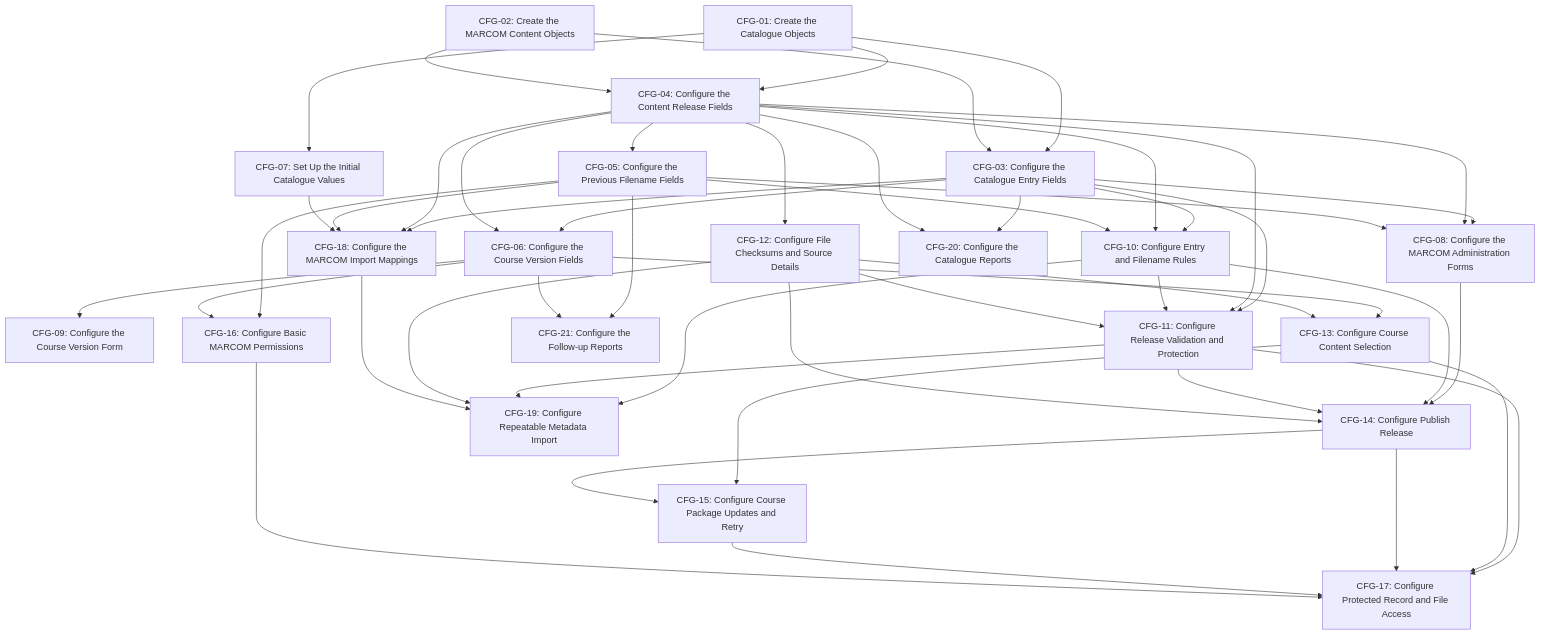
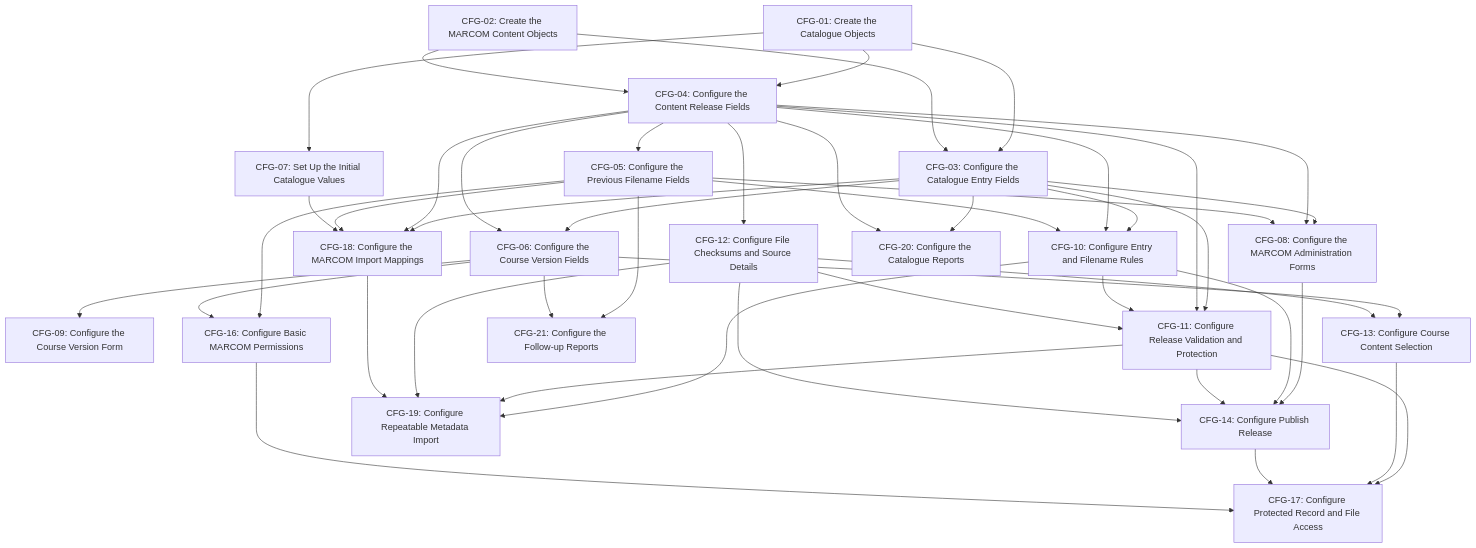
Before and after one commit to Summit-EHSQ/terra-gen: the diagram in docs/phase 1/training management/MARCOM-COURSE-CATALOG-IMPLEMENTATION-PLAN.md, drawn with Mermaid. The commit also changed other lines of this file and 17 other files, not shown here.

````diff
--- a/docs/phase 1/training management/MARCOM-COURSE-CATALOG-IMPLEMENTATION-PLAN.md
+++ b/docs/phase 1/training management/MARCOM-COURSE-CATALOG-IMPLEMENTATION-PLAN.md
@@ -771,71 +741,67 @@
 ```mermaid
 flowchart TD
     CFG01["CFG-01: Create the Catalogue Objects"]
     CFG02["CFG-02: Create the MARCOM Content Objects"]
     CFG03["CFG-03: Configure the Catalogue Entry Fields"]
     CFG04["CFG-04: Configure the Content Release Fields"]
     CFG05["CFG-05: Configure the Previous Filename Fields"]
     CFG06["CFG-06: Configure the Course Version Fields"]
     CFG07["CFG-07: Set Up the Initial Catalogue Values"]
     CFG08["CFG-08: Configure the MARCOM Administration Forms"]
     CFG09["CFG-09: Configure the Course Version Form"]
     CFG10["CFG-10: Configure Entry and Filename Rules"]
     CFG11["CFG-11: Configure Release Validation and Protection"]
     CFG12["CFG-12: Configure File Checksums and Source Details"]
     CFG13["CFG-13: Configure Course Content Selection"]
     CFG14["CFG-14: Configure Publish Release"]
-    CFG15["CFG-15: Configure Course Package Updates and Retry"]
     CFG16["CFG-16: Configure Basic MARCOM Permissions"]
     CFG17["CFG-17: Configure Protected Record and File Access"]
     CFG18["CFG-18: Configure the MARCOM Import Mappings"]
     CFG19["CFG-19: Configure Repeatable Metadata Import"]
     CFG20["CFG-20: Configure the Catalogue Reports"]
     CFG21["CFG-21: Configure the Follow-up Reports"]
     CFG01 --> CFG03
     CFG02 --> CFG03
     CFG01 --> CFG04
     CFG02 --> CFG04
     CFG04 --> CFG05
     CFG03 --> CFG06
     CFG04 --> CFG06
     CFG01 --> CFG07
     CFG03 --> CFG08
     CFG04 --> CFG08
     CFG05 --> CFG08
     CFG06 --> CFG09
     CFG03 --> CFG10
     CFG04 --> CFG10
     CFG05 --> CFG10
     CFG03 --> CFG11
     CFG04 --> CFG11
     CFG10 --> CFG11
     CFG12 --> CFG11
     CFG04 --> CFG12
     CFG06 --> CFG13
     CFG12 --> CFG13
     CFG08 --> CFG14
     CFG10 --> CFG14
     CFG11 --> CFG14
     CFG12 --> CFG14
-    CFG13 --> CFG15
-    CFG14 --> CFG15
     CFG05 --> CFG16
     CFG06 --> CFG16
     CFG11 --> CFG17
     CFG13 --> CFG17
     CFG14 --> CFG17
-    CFG15 --> CFG17
     CFG16 --> CFG17
     CFG03 --> CFG18
     CFG04 --> CFG18
     CFG05 --> CFG18
     CFG07 --> CFG18
     CFG10 --> CFG19
     CFG11 --> CFG19
     CFG12 --> CFG19
     CFG18 --> CFG19
     CFG03 --> CFG20
     CFG04 --> CFG20
     CFG05 --> CFG21
     CFG06 --> CFG21
 ```
````
